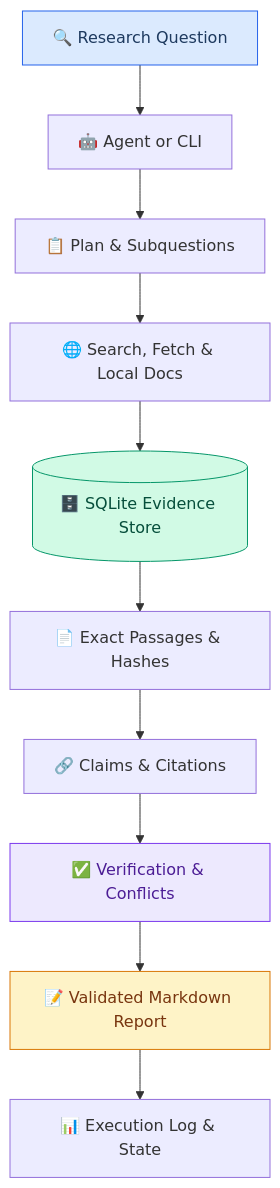
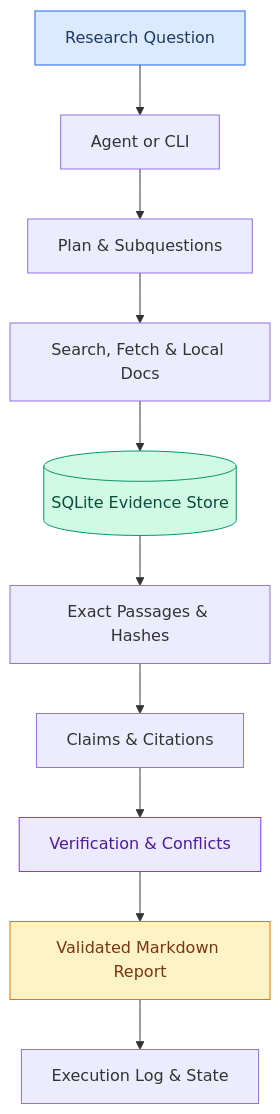
The first of 6 diagrams in README.md (Agletras/Agletras-mcp), drawn with Mermaid before and after one commit. The commit also changed other lines of this file, not shown here.

````diff
--- a/README.md
+++ b/README.md
@@ -56,17 +56,17 @@
 ```mermaid
 flowchart TD
-    Q["🔍 Research Question"] --> A["🤖 Agent or CLI"]
-    A --> P["📋 Plan & Subquestions"]
-    P --> S["🌐 Search, Fetch & Local Docs"]
-    S --> E[("🗄️ SQLite Evidence Store")]
-    E --> X["📄 Exact Passages & Hashes"]
-    X --> C["🔗 Claims & Citations"]
-    C --> V["✅ Verification & Conflicts"]
-    V --> R["📝 Validated Markdown Report"]
-    R --> L["📊 Execution Log & State"]
+    Q["Research Question"] --> A["Agent or CLI"]
+    A --> P["Plan & Subquestions"]
+    P --> S["Search, Fetch & Local Docs"]
+    S --> E[("SQLite Evidence Store")]
+    E --> X["Exact Passages & Hashes"]
+    X --> C["Claims & Citations"]
+    C --> V["Verification & Conflicts"]
+    V --> R["Validated Markdown Report"]
+    R --> L["Execution Log & State"]
 
     style Q fill:#dbeafe,stroke:#2563eb,color:#1e3a5f
     style E fill:#d1fae5,stroke:#059669,color:#064e3b
     style R fill:#fef3c7,stroke:#d97706,color:#78350f
     style V fill:#ede9fe,stroke:#7c3aed,color:#4c1d95
 ```
````
